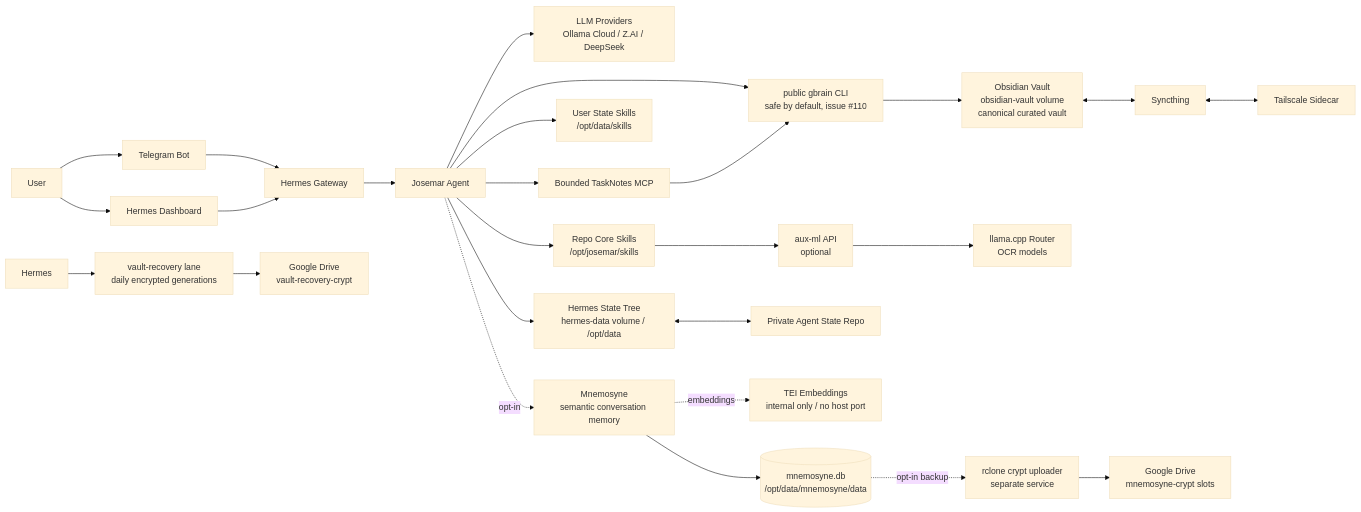
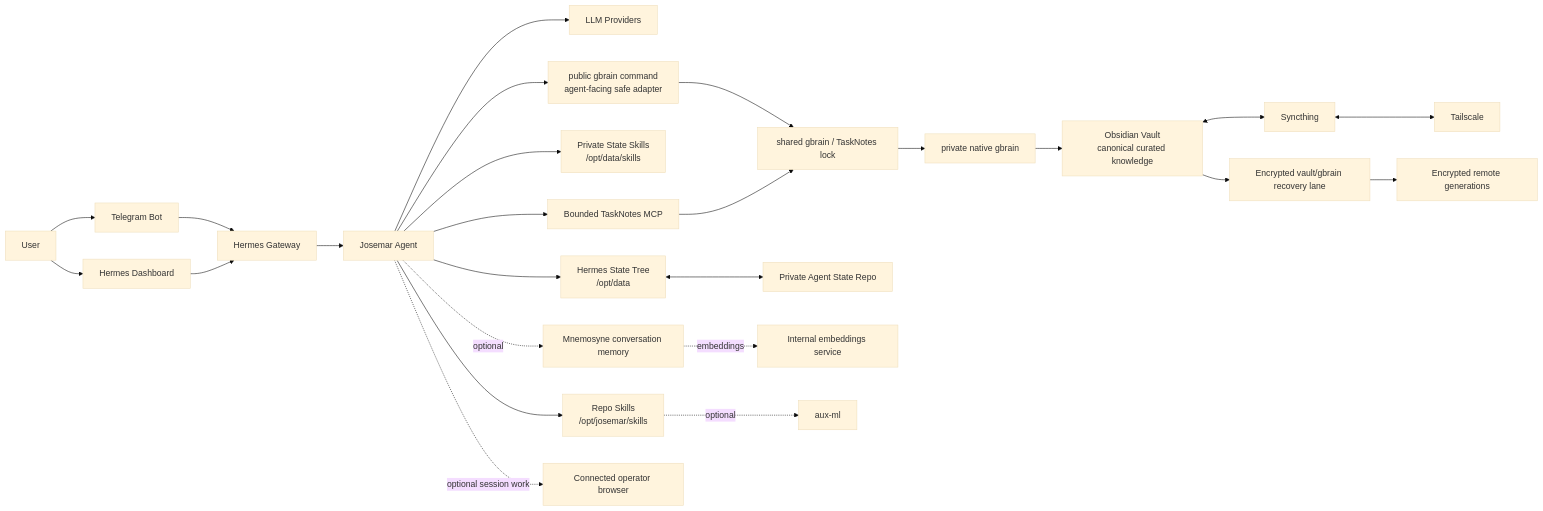
The first of 2 diagrams in README.md (Pedrohgv/josemar-assistente), drawn with Mermaid (base theme) before and after one commit. The commit also changed other lines of this file, not shown here.

Commit message:
docs: make README orientation-only and fix gbrain flow

````diff
--- a/README.md
+++ b/README.md
@@ -31,34 +25,34 @@
 ```mermaid
 flowchart LR
   User[User] --> Telegram[Telegram Bot]
   User --> Dashboard[Hermes Dashboard]
-
   Telegram --> Gateway[Hermes Gateway]
   Dashboard --> Gateway
 
   Gateway --> Agent[Josemar Agent]
-  Agent --> Models[LLM Providers<br/>Ollama Cloud / Z.AI / DeepSeek]
-  Agent --> CoreSkills[Repo Core Skills<br/>/opt/josemar/skills]
-  Agent --> StateSkills[User State Skills<br/>/opt/data/skills]
-  Agent --> GBrain[public gbrain CLI<br/>safe by default, issue #110]
+  Agent --> Models[LLM Providers]
+  Agent --> CoreSkills[Repo Skills<br/>/opt/josemar/skills]
+  Agent --> UserSkills[Private State Skills<br/>/opt/data/skills]
+
+  Agent --> PublicGBrain[public gbrain command<br/>agent-facing safe adapter]
   Agent --> TaskNotes[Bounded TaskNotes MCP]
-  TaskNotes --> GBrain
-  GBrain --> Vault[Obsidian Vault<br/>obsidian-vault volume<br/>canonical curated vault]
+  PublicGBrain --> SharedLock[shared gbrain / TaskNotes lock]
+  TaskNotes --> SharedLock
+  SharedLock --> NativeGBrain[private native gbrain]
+  NativeGBrain --> Vault[Obsidian Vault<br/>canonical curated knowledge]
 
-  CoreSkills --> AuxML[aux-ml API<br/>optional]
-  AuxML --> Llama[llama.cpp Router<br/>OCR models]
+  Vault <--> Syncthing[Syncthing]
+  Syncthing <--> Tailscale[Tailscale]
 
-  Agent --> StateTree[Hermes State Tree<br/>hermes-data volume / /opt/data]
+  Agent --> StateTree[Hermes State Tree<br/>/opt/data]
   StateTree <--> StateRepo[Private Agent State Repo]
-  Vault <--> Syncthing[Syncthing]
-  Syncthing <--> Tailscale[Tailscale Sidecar]
-  Hermes --> VaultRecovery[vault-recovery lane<br/>daily encrypted generations]
-  VaultRecovery --> GDrive[Google Drive<br/>vault-recovery-crypt]
 
-  %% Opt-in Mnemosyne layer (separate from the curated vault)
-  Agent -. opt-in .-> Mnemosyne[Mnemosyne<br/>semantic conversation memory]
-  Mnemosyne -. embeddings .-> TEI[TEI Embeddings<br/>internal only / no host port]
-  Mnemosyne --> MnemoStore[(mnemosyne.db<br/>/opt/data/mnemosyne/data)]
-  MnemoStore -. opt-in backup .-> MnemoBackup[rclone crypt uploader<br/>separate service]
-  MnemoBackup --> MnemoGDrive[Google Drive<br/>mnemosyne-crypt slots]
+  Agent -. optional .-> Mnemosyne[Mnemosyne conversation memory]
+  Mnemosyne -. embeddings .-> TEI[Internal embeddings service]
+
+  CoreSkills -. optional .-> AuxML[aux-ml]
+  Agent -. optional session work .-> ConnectedBrowser[Connected operator browser]
+
+  Vault --> Recovery[Encrypted vault/gbrain recovery lane]
+  Recovery --> Remote[Encrypted remote generations]
 ```
````
